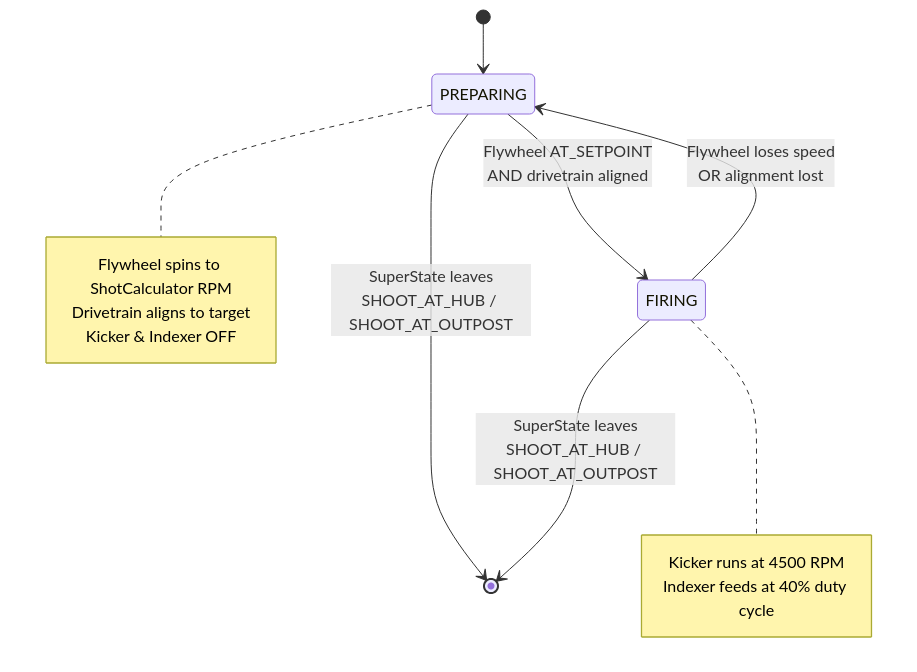
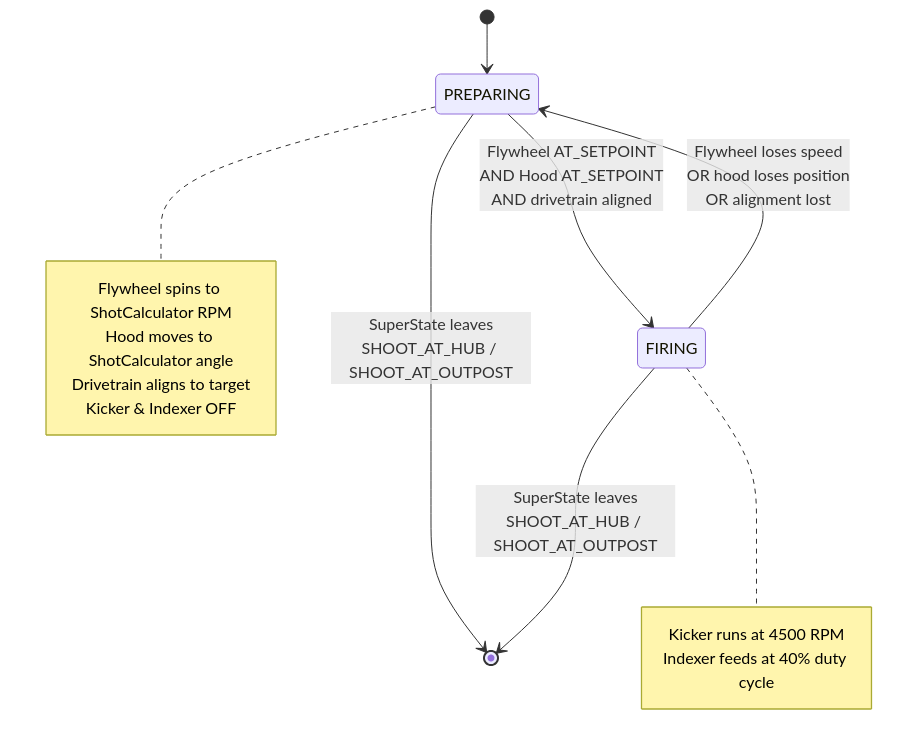
One commit to FRCTeam360/RainMaker26 changed the diagram in docs/states/ShootingStateMachine.mmd. Above: the diagram before and after it, drawn with Mermaid. The commit also changed 6 other files, not shown here.

First line of the commit message:
Update state machine diagrams to match current robot states

```diff
--- a/docs/states/ShootingStateMachine.mmd
+++ b/docs/states/ShootingStateMachine.mmd
@@ -1,15 +1,15 @@
 %% Shooting Sub-State Machine (inside SHOOT_AT_HUB or SHOOT_AT_OUTPOST)
 %% Reflects actual code in SuperStructure.updateShooterStates()
 stateDiagram-v2
     [*] --> PREPARING
 
     %% Readiness check runs every cycle
-    PREPARING --> FIRING : Flywheel AT_SETPOINT<br>AND drivetrain aligned
-    FIRING --> PREPARING : Flywheel loses speed<br>OR alignment lost
+    PREPARING --> FIRING : Flywheel AT_SETPOINT<br>AND Hood AT_SETPOINT<br>AND drivetrain aligned
+    FIRING --> PREPARING : Flywheel loses speed<br>OR hood loses position<br>OR alignment lost
 
     %% Exit back to SuperStructure IDLE
     PREPARING --> [*] : SuperState leaves<br>SHOOT_AT_HUB / SHOOT_AT_OUTPOST
     FIRING --> [*] : SuperState leaves<br>SHOOT_AT_HUB / SHOOT_AT_OUTPOST
 
-    note right of PREPARING : Flywheel spins to ShotCalculator RPM<br>Drivetrain aligns to target<br>Kicker & Indexer OFF
+    note right of PREPARING : Flywheel spins to ShotCalculator RPM<br>Hood moves to ShotCalculator angle<br>Drivetrain aligns to target<br>Kicker & Indexer OFF
     note right of FIRING : Kicker runs at 4500 RPM<br>Indexer feeds at 40% duty cycle
```
